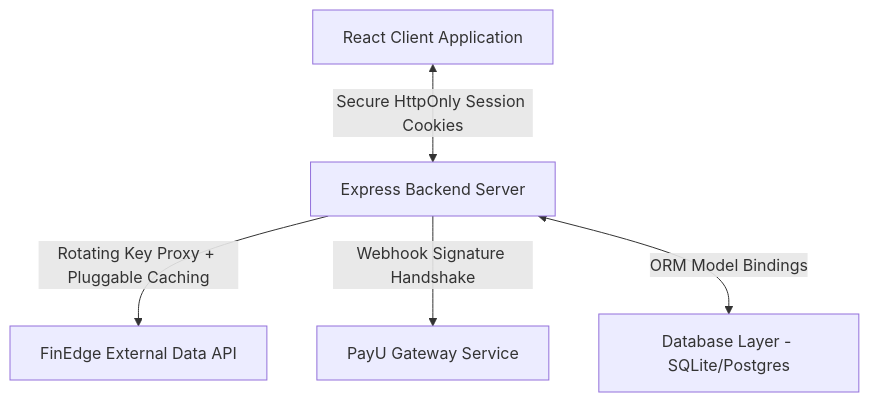
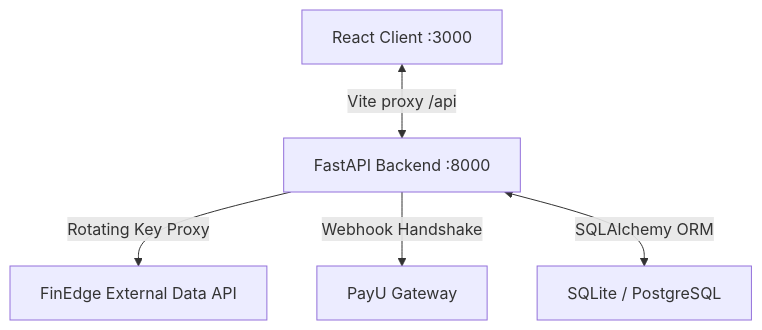
One commit to Vishnu9804/StockResearch changed the diagram in README.md. Above: the diagram before and after it, drawn with Mermaid. The commit also changed other lines of this file and 79 other files, not shown here.

````diff
--- a/README.md
+++ b/README.md
@@ -13,7 +38,7 @@
 ```mermaid
 graph TD
-    A[React Client Application] <-->|Secure HttpOnly Session Cookies| B[Express Backend Server]
-    B -->|Rotating Key Proxy + Pluggable Caching| C[FinEdge External Data API]
-    B -->|Webhook Signature Handshake| D[PayU Gateway Service]
-    B <-->|ORM Model Bindings| E[Database Layer - SQLite/Postgres]
+    A[React Client :3000] <-->|Vite proxy /api| B[FastAPI Backend :8000]
+    B -->|Rotating Key Proxy| C[FinEdge External Data API]
+    B -->|Webhook Handshake| D[PayU Gateway]
+    B <-->|SQLAlchemy ORM| E[SQLite / PostgreSQL]
 ```
````
